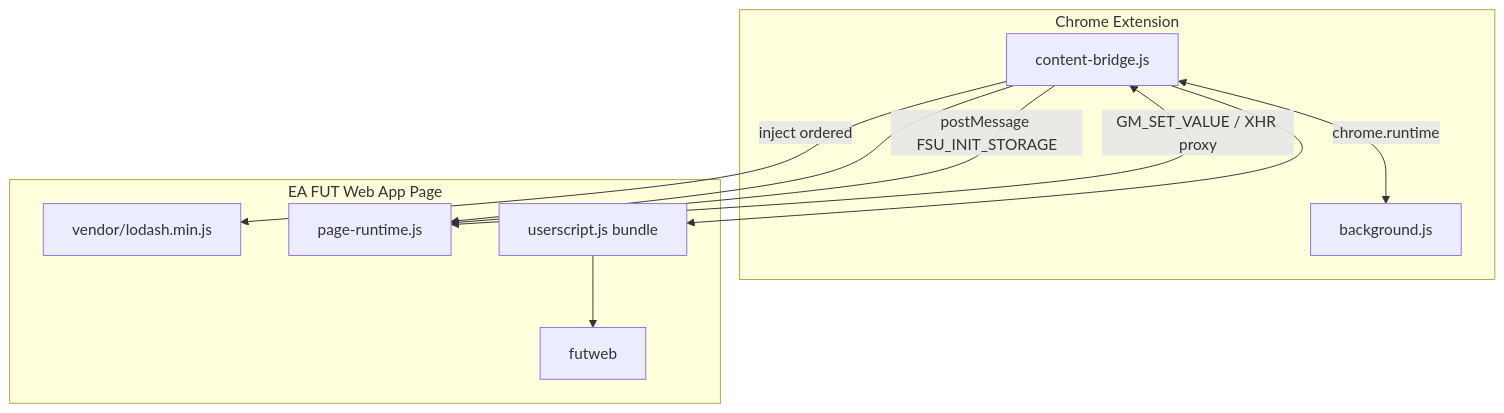
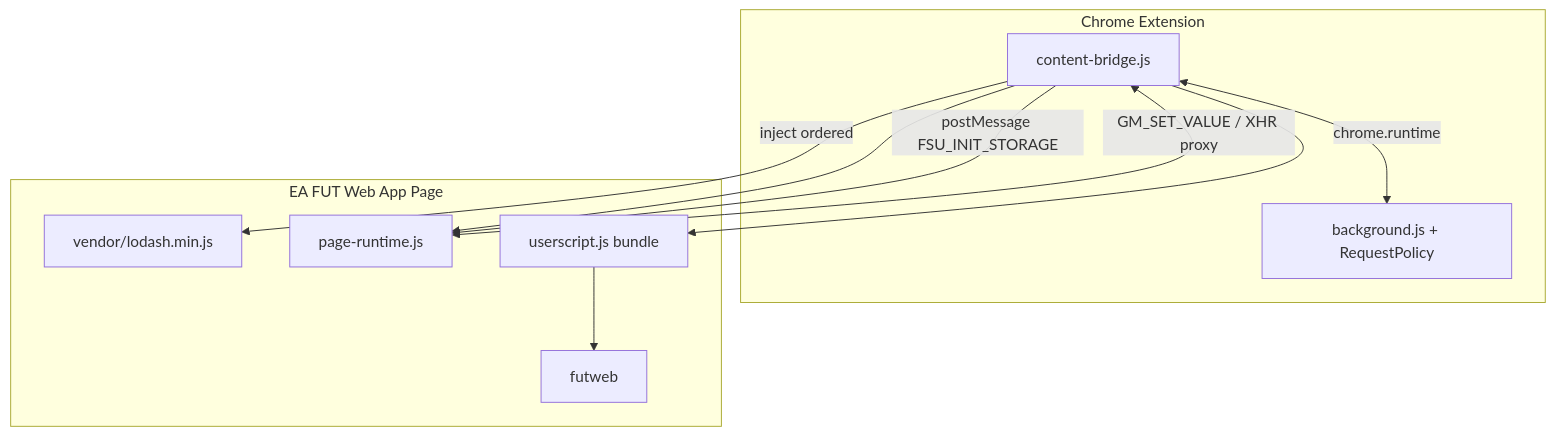
The first of 5 diagrams in ARCHITECTURE.md (color8892/fsu-fut-enhancer), drawn with Mermaid before and after one commit. The commit also changed other lines of this file and 5 other files, not shown here.

Commit message:
Refresh project docs and add refactoring roadmap

````diff
--- a/ARCHITECTURE.md
+++ b/ARCHITECTURE.md
@@ -25,22 +27,22 @@
 ```mermaid
 flowchart TB
   subgraph ext [Chrome Extension]
-    BG[background.js]
+    BG[background.js + RequestPolicy]
     CB[content-bridge.js]
   end
 
   subgraph page [EA FUT Web App Page]
     LODASH[vendor/lodash.min.js]
     PR[page-runtime.js]
     US[userscript.js bundle]
     FW[futweb]
   end
 
   CB -->|inject ordered| LODASH
   CB --> PR
   CB -->|postMessage FSU_INIT_STORAGE| PR
   CB --> US
   US --> FW
   PR <-->|GM_SET_VALUE / XHR proxy| CB
   CB <-->|chrome.runtime| BG
 ```
````
